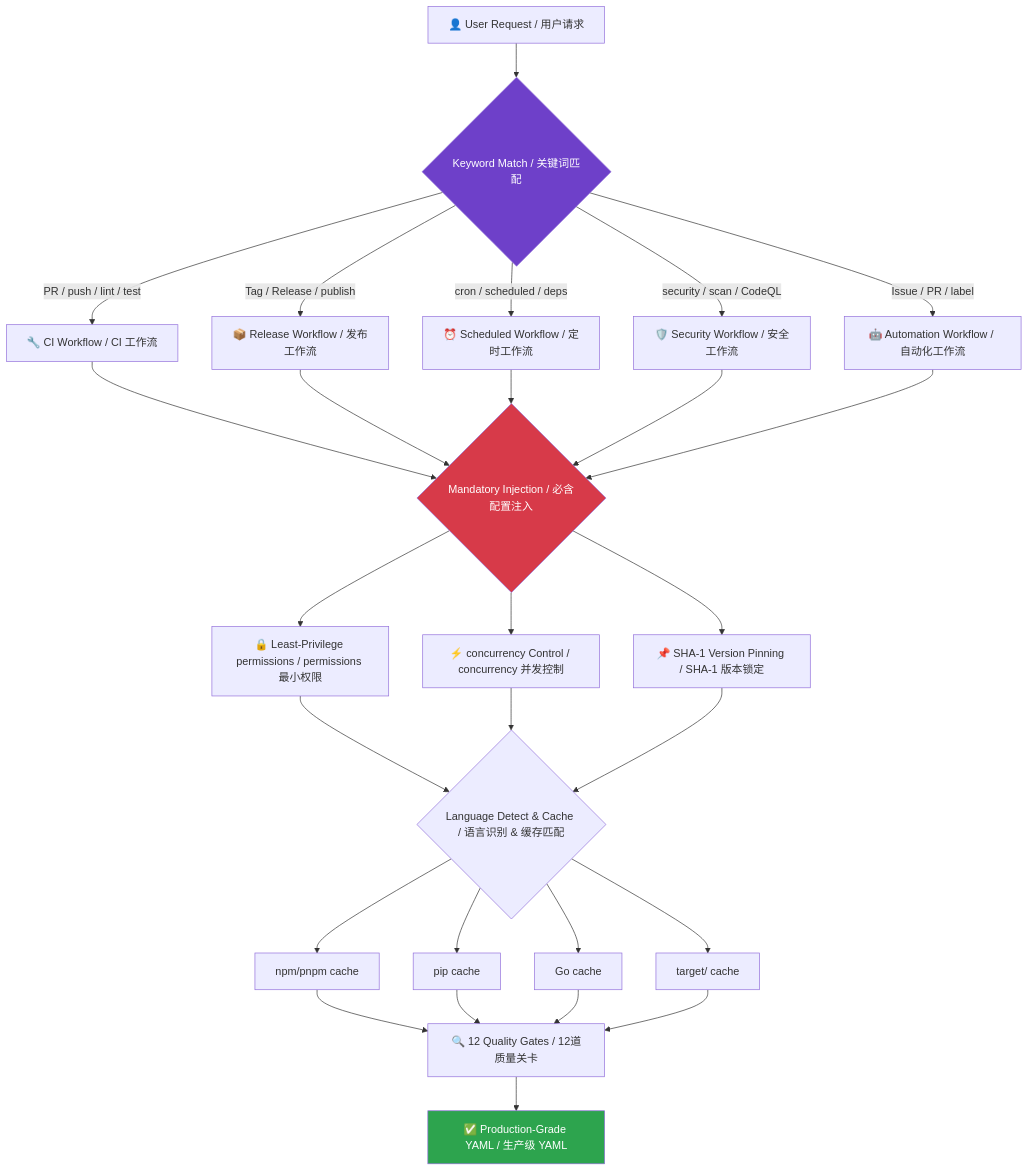
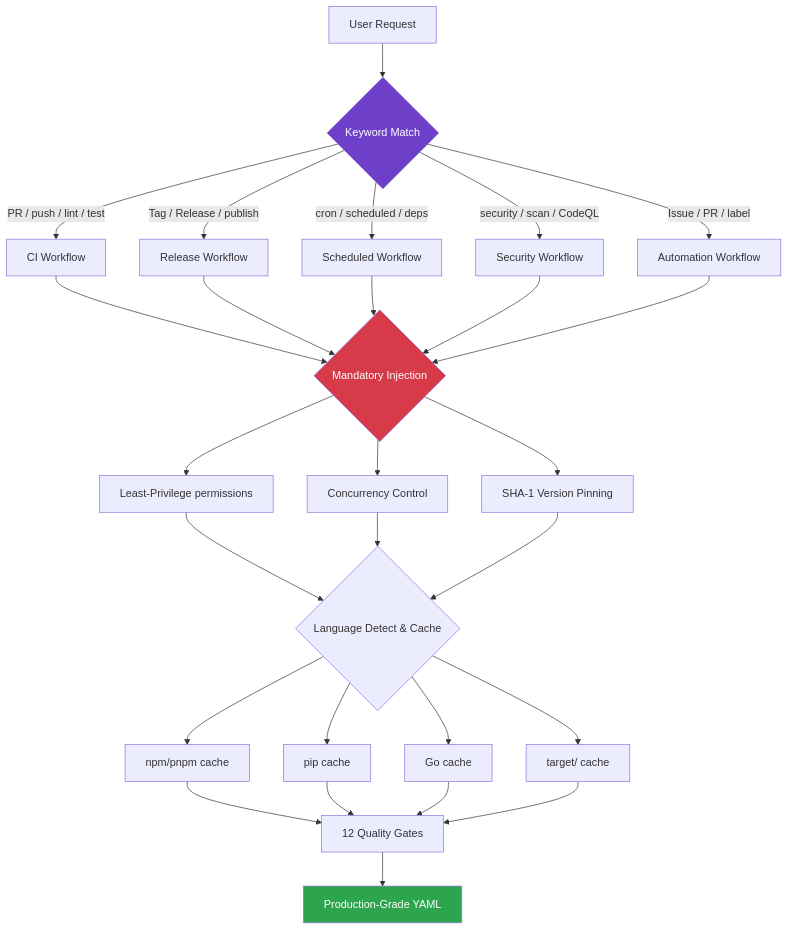
One commit to 2B0748/github-actions-skill changed the diagram in README.md. Above: the diagram before and after it, drawn with Mermaid. The commit also changed other lines of this file and 10 other files, not shown here.

````diff
--- a/README.md
+++ b/README.md
@@ -20,33 +18,33 @@
 ```mermaid
 graph TD
-    REQ[👤 User Request / 用户请求] --> DET{Keyword Match / 关键词匹配}
-    
-    DET -->|PR / push / lint / test| A[🔧 CI Workflow / CI 工作流]
-    DET -->|Tag / Release / publish| B[📦 Release Workflow / 发布工作流]
-    DET -->|cron / scheduled / deps| C[⏰ Scheduled Workflow / 定时工作流]
-    DET -->|security / scan / CodeQL| D[🛡️ Security Workflow / 安全工作流]
-    DET -->|Issue / PR / label| E[🤖 Automation Workflow / 自动化工作流]
-    
-    A --> INJECT{Mandatory Injection / 必含配置注入}
+    REQ[User Request] --> DET{Keyword Match}
+
+    DET -->|PR / push / lint / test| A[CI Workflow]
+    DET -->|Tag / Release / publish| B[Release Workflow]
+    DET -->|cron / scheduled / deps| C[Scheduled Workflow]
+    DET -->|security / scan / CodeQL| D[Security Workflow]
+    DET -->|Issue / PR / label| E[Automation Workflow]
+
+    A --> INJECT{Mandatory Injection}
     B --> INJECT
     C --> INJECT
     D --> INJECT
     E --> INJECT
-    
-    INJECT --> PERM[🔒 Least-Privilege permissions / permissions 最小权限]
-    INJECT --> CONC[⚡ concurrency Control / concurrency 并发控制]
-    INJECT --> PIN[📌 SHA-1 Version Pinning / SHA-1 版本锁定]
-    
-    PERM & CONC & PIN --> CACHE{Language Detect & Cache / 语言识别 & 缓存匹配}
+
+    INJECT --> PERM[Least-Privilege permissions]
+    INJECT --> CONC[Concurrency Control]
+    INJECT --> PIN[SHA-1 Version Pinning]
+
+    PERM & CONC & PIN --> CACHE{Language Detect & Cache}
     CACHE --> NODE[npm/pnpm cache]
     CACHE --> PY[pip cache]
     CACHE --> GO[Go cache]
     CACHE --> RUST[target/ cache]
-    
-    NODE & PY & GO & RUST --> AUDIT[🔍 12 Quality Gates / 12道质量关卡]
-    AUDIT --> OUT[✅ Production-Grade YAML / 生产级 YAML]
-    
+
+    NODE & PY & GO & RUST --> AUDIT[12 Quality Gates]
+    AUDIT --> OUT[Production-Grade YAML]
+
     style OUT fill:#2da44e,color:#fff
     style DET fill:#6e40c9,color:#fff
     style INJECT fill:#d73a49,color:#fff
 ```
````
